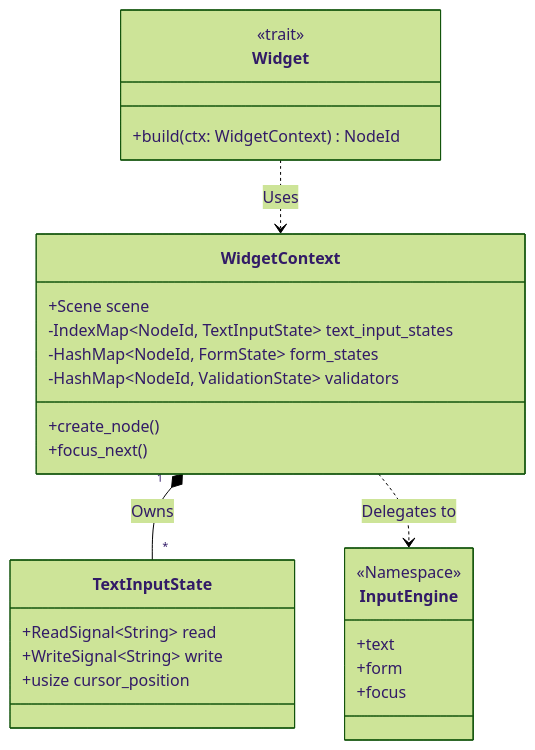
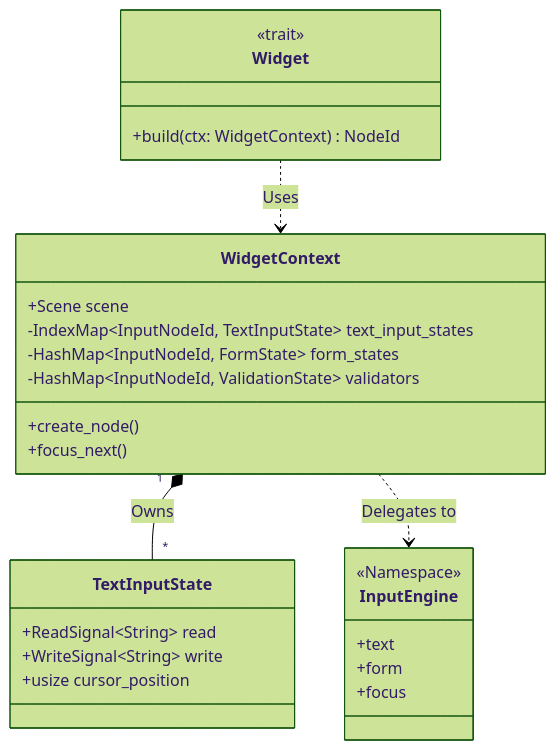
Before and after one commit to madmax983/arthropod: the sixth of 7 diagrams in docs/architecture.md, drawn with Mermaid (forest theme). The commit also changed other lines of this file and 1 other file, not shown here.

Commit message:
📜 Codex: ADR 039 & Architecture Diagram Update (#1571)
🧠 **Decision:** Documented the architectural decision to decouple `input-engine` from `render-engine` using `InputNodeId`.
🗺️ **Visuals:** Updated the C4 "Widget System Structure" Component diagram to reflect the new ID boundaries.
🔗 **Link:** See `docs/adr/0039-decouple-input-engine.md`.

````diff
--- a/docs/architecture.md
+++ b/docs/architecture.md
@@ -173,33 +173,33 @@
 ```mermaid
 classDiagram
     class Widget {
         <<trait>>
         +build(ctx: WidgetContext) NodeId
     }
 
     class WidgetContext {
         +Scene scene
-        -IndexMap~NodeId, TextInputState~ text_input_states
-        -HashMap~NodeId, FormState~ form_states
-        -HashMap~NodeId, ValidationState~ validators
+        -IndexMap~InputNodeId, TextInputState~ text_input_states
+        -HashMap~InputNodeId, FormState~ form_states
+        -HashMap~InputNodeId, ValidationState~ validators
         +create_node()
         +focus_next()
     }
 
     class InputEngine {
         <<Namespace>>
         +text
         +form
         +focus
     }
 
     class TextInputState {
         +ReadSignal~String~ read
         +WriteSignal~String~ write
         +usize cursor_position
     }
 
     Widget ..> WidgetContext : Uses
     WidgetContext "1" *-- "*" TextInputState : Owns
     WidgetContext ..> InputEngine : Delegates to
 ```
````
